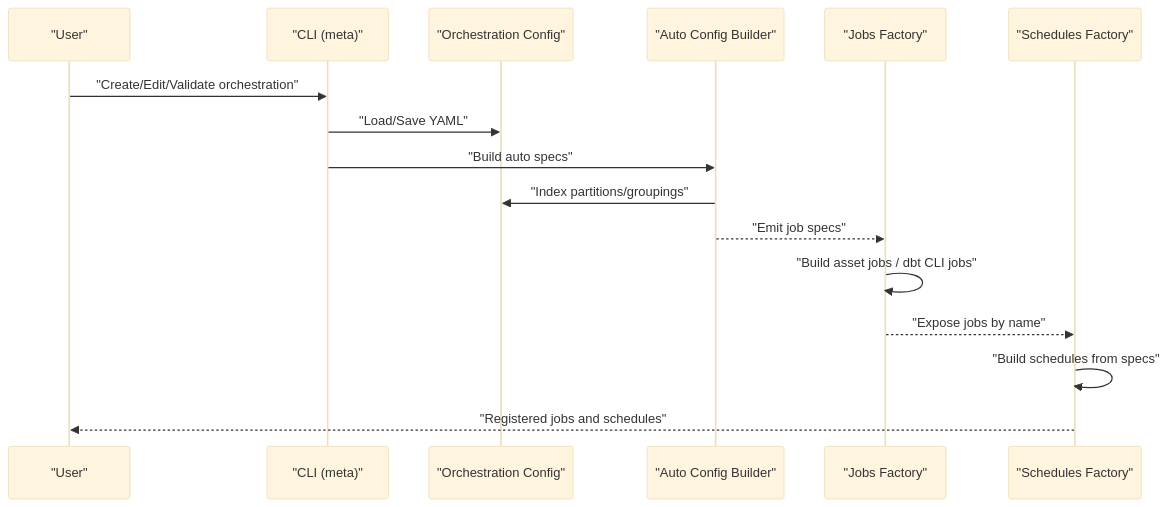
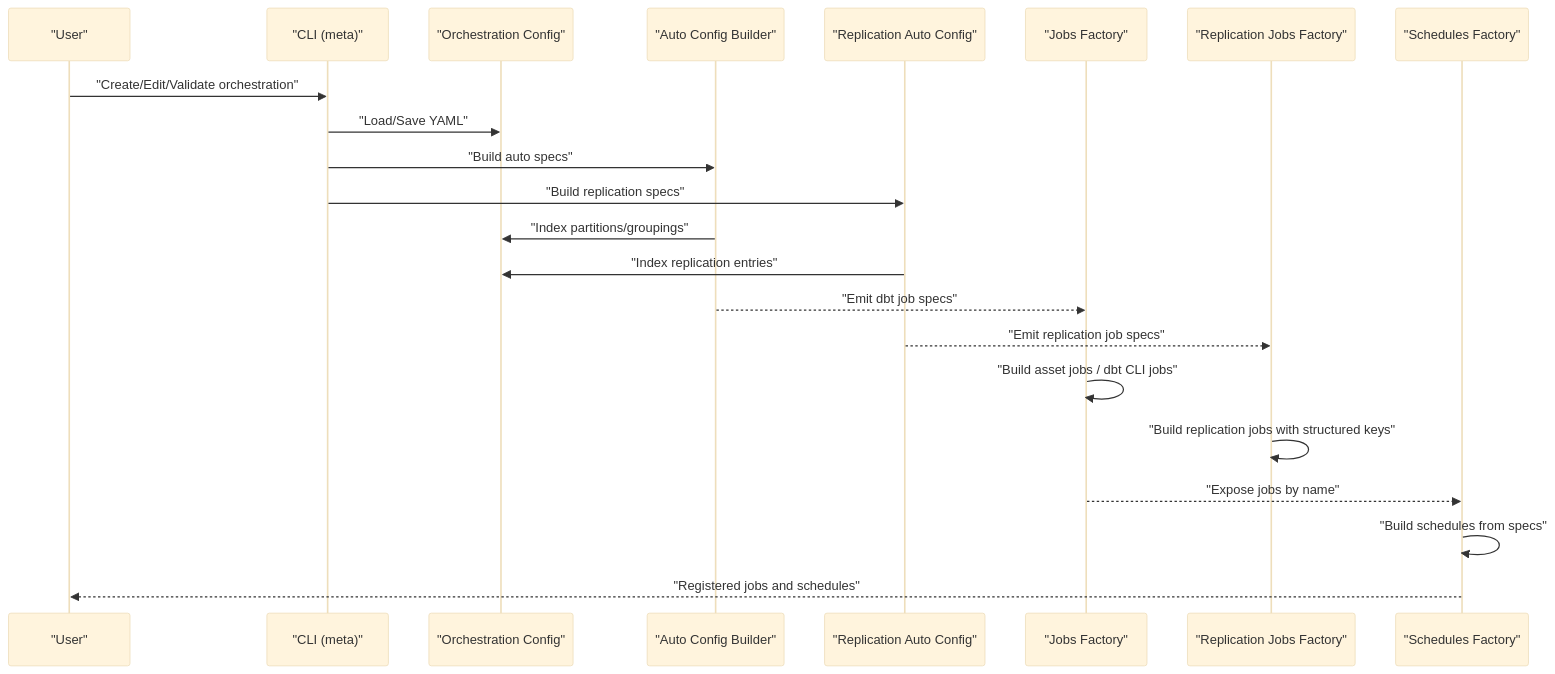
Before and after one commit to metasync/dbt-dagsterizer: the second of 7 diagrams in .qoder/repowiki/en/content/Job Orchestration/Job Orchestration.md, drawn with Mermaid (base theme). The commit also changed other lines of this file and 2 other files, not shown here.

````diff
--- a/.qoder/repowiki/en/content/Job Orchestration/Job Orchestration.md
+++ b/.qoder/repowiki/en/content/Job Orchestration/Job Orchestration.md
@@ -146,18 +183,24 @@
 ```mermaid
 sequenceDiagram
 participant User as "User"
 participant CLI as "CLI (meta)"
 participant Orch as "Orchestration Config"
 participant Auto as "Auto Config Builder"
+participant RepAuto as "Replication Auto Config"
 participant Jobs as "Jobs Factory"
+participant RepJobs as "Replication Jobs Factory"
 participant Sched as "Schedules Factory"
 User->>CLI : "Create/Edit/Validate orchestration"
 CLI->>Orch : "Load/Save YAML"
 CLI->>Auto : "Build auto specs"
+CLI->>RepAuto : "Build replication specs"
 Auto->>Orch : "Index partitions/groupings"
-Auto-->>Jobs : "Emit job specs"
+RepAuto->>Orch : "Index replication entries"
+Auto-->>Jobs : "Emit dbt job specs"
+RepAuto-->>RepJobs : "Emit replication job specs"
 Jobs->>Jobs : "Build asset jobs / dbt CLI jobs"
+RepJobs->>RepJobs : "Build replication jobs with structured keys"
 Jobs-->>Sched : "Expose jobs by name"
 Sched->>Sched : "Build schedules from specs"
 Sched-->>User : "Registered jobs and schedules"
 ```
````
